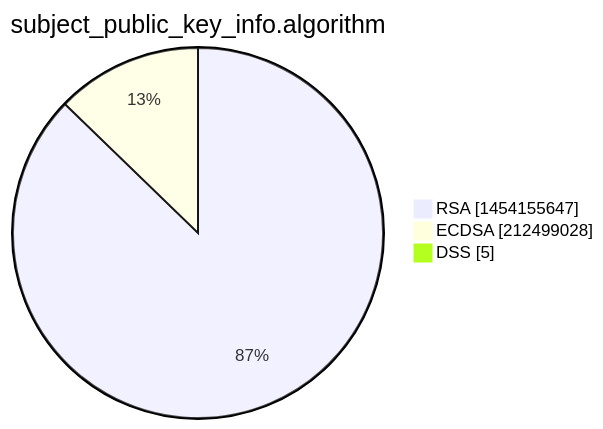
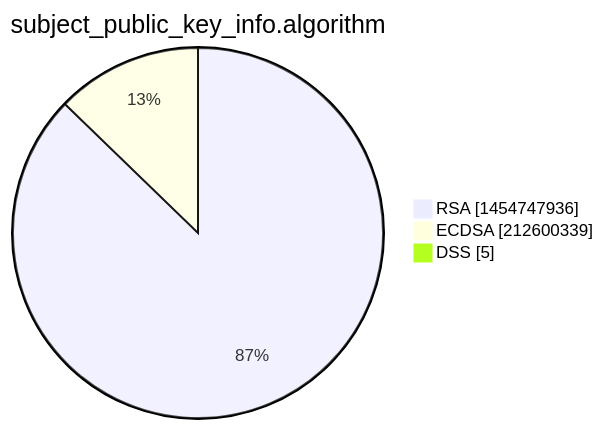
Before and after one commit to christiankrug/ctmonitor_visualization: the third of 15 diagrams in xenon2022/README.md, drawn with Mermaid. The commit also changed other lines of this file, not shown here.

````diff
--- a/xenon2022/README.md
+++ b/xenon2022/README.md
@@ -14,7 +14,7 @@
 ```mermaid
 pie showData
 title subject_public_key_info.algorithm
-"RSA" :1454155647
-"ECDSA" :212499028
+"RSA" :1454747936
+"ECDSA" :212600339
 "DSS" :5
 ```
````
